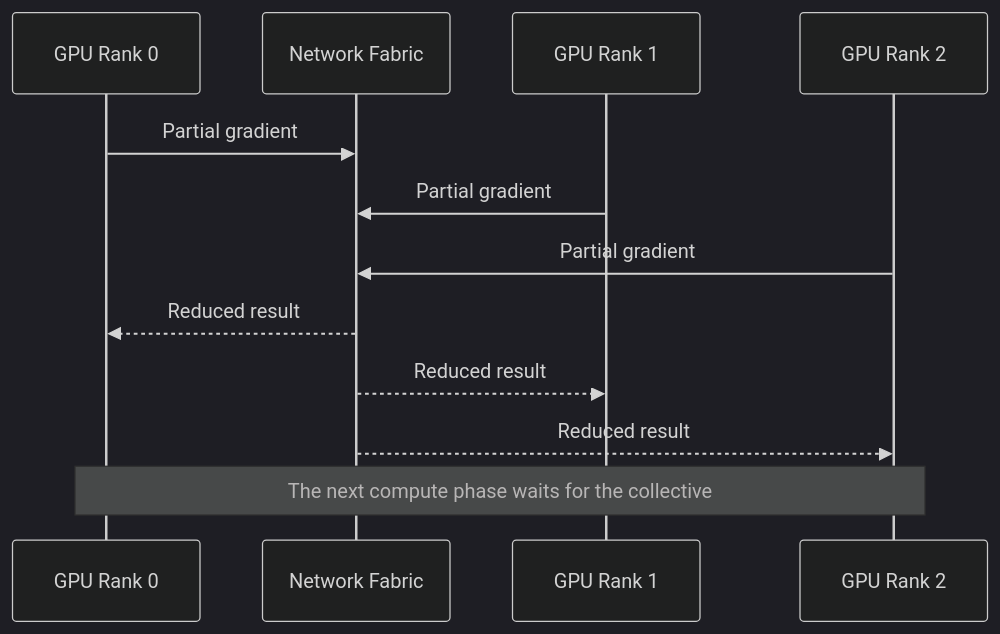
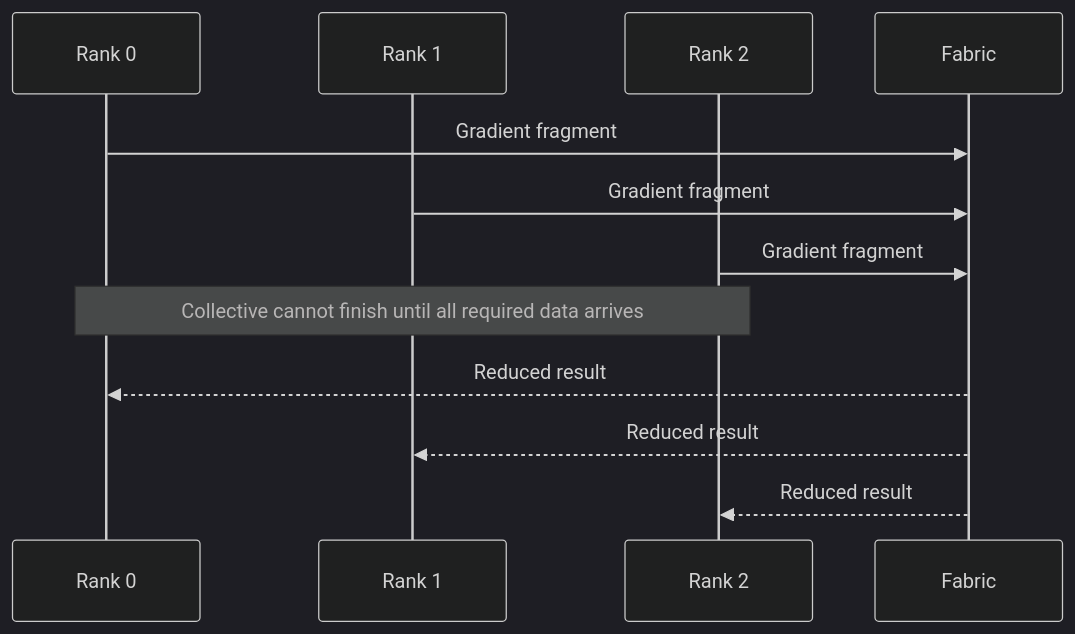
One commit to jithinpnjm/nvidia-devops changed the second of 3 diagrams in docs/nvidia-zero-to-hero/volume-08/chapter-01-why-infiniband-exists.md. Above: the diagram before and after it, drawn with Mermaid (dark theme). The commit also changed other lines of this file, not shown here.

````diff
--- a/docs/nvidia-zero-to-hero/volume-08/chapter-01-why-infiniband-exists.md
+++ b/docs/nvidia-zero-to-hero/volume-08/chapter-01-why-infiniband-exists.md
@@ -32,15 +96,15 @@
 ```mermaid
 sequenceDiagram
-    participant G0 as GPU Rank 0
-    participant F as Network Fabric
-    participant G1 as GPU Rank 1
-    participant G2 as GPU Rank 2
+    participant R0 as Rank 0
+    participant R1 as Rank 1
+    participant R2 as Rank 2
+    participant F as Fabric
 
-    G0->>F: Partial gradient
-    G1->>F: Partial gradient
-    G2->>F: Partial gradient
-    F-->>G0: Reduced result
-    F-->>G1: Reduced result
-    F-->>G2: Reduced result
-    Note over G0,G2: The next compute phase waits for the collective
+    R0->>F: Gradient fragment
+    R1->>F: Gradient fragment
+    R2->>F: Gradient fragment
+    Note over R0,R2: Collective cannot finish until all required data arrives
+    F-->>R0: Reduced result
+    F-->>R1: Reduced result
+    F-->>R2: Reduced result
 ```
````
